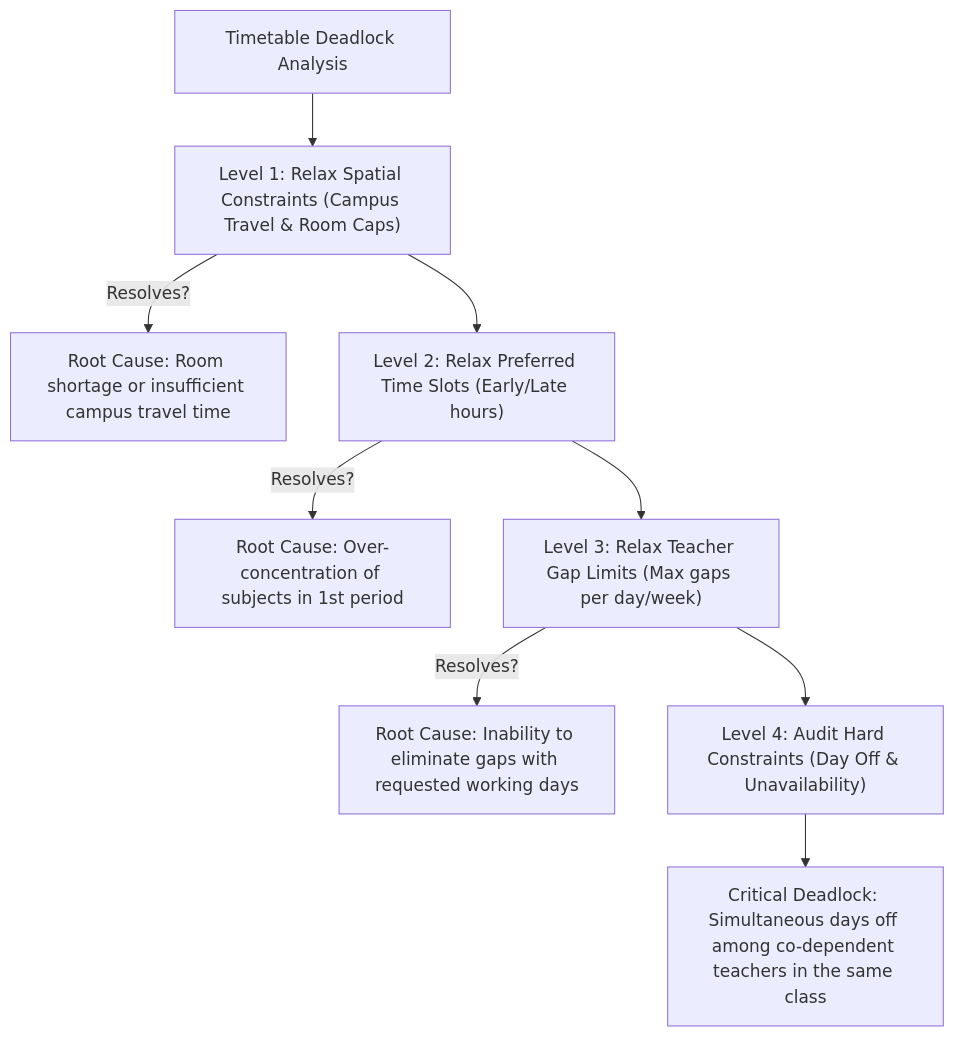
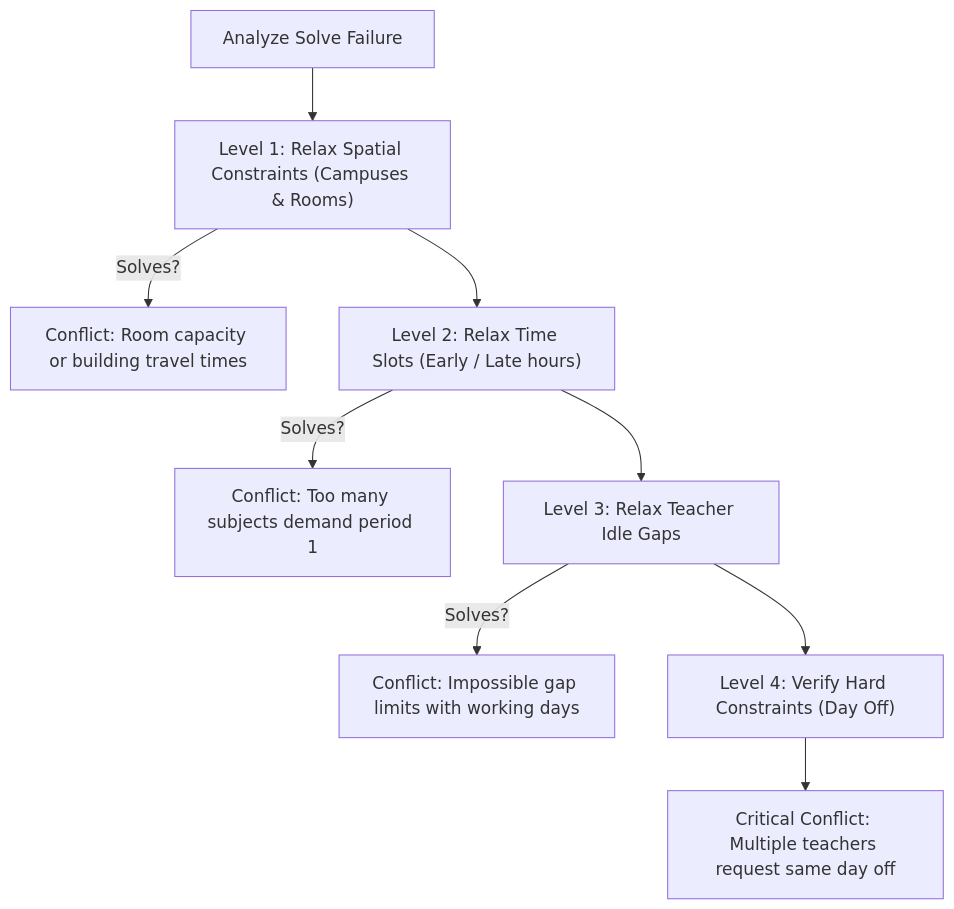
The third of 3 diagrams in docs/en/timetable-flow.md (carlorigoni/eurario), drawn with Mermaid before and after one commit. The commit also changed other lines of this file and 13 other files, not shown here.

````diff
--- a/docs/en/timetable-flow.md
+++ b/docs/en/timetable-flow.md
@@ -108,11 +131,11 @@
 ```mermaid
 graph TD
-    Start["Timetable Deadlock Analysis"] --> Step1["Level 1: Relax Spatial Constraints (Campus Travel & Room Caps)"]
-    Step1 -->|"Resolves?"| Sol1["Root Cause: Room shortage or insufficient campus travel time"]
-    Step1 --> Step2["Level 2: Relax Preferred Time Slots (Early/Late hours)"]
-    Step2 -->|"Resolves?"| Sol2["Root Cause: Over-concentration of subjects in 1st period"]
-    Step2 --> Step3["Level 3: Relax Teacher Gap Limits (Max gaps per day/week)"]
-    Step3 -->|"Resolves?"| Sol3["Root Cause: Inability to eliminate gaps with requested working days"]
-    Step3 --> Step4["Level 4: Audit Hard Constraints (Day Off & Unavailability)"]
-    Step4 --> Sol4["Critical Deadlock: Simultaneous days off among co-dependent teachers in the same class"]
+    Start["Analyze Solve Failure"] --> Step1["Level 1: Relax Spatial Constraints (Campuses & Rooms)"]
+    Step1 -->|"Solves?"| Sol1["Conflict: Room capacity or building travel times"]
+    Step1 --> Step2["Level 2: Relax Time Slots (Early / Late hours)"]
+    Step2 -->|"Solves?"| Sol2["Conflict: Too many subjects demand period 1"]
+    Step2 --> Step3["Level 3: Relax Teacher Idle Gaps"]
+    Step3 -->|"Solves?"| Sol3["Conflict: Impossible gap limits with working days"]
+    Step3 --> Step4["Level 4: Verify Hard Constraints (Day Off)"]
+    Step4 --> Sol4["Critical Conflict: Multiple teachers request same day off"]
 ```
````
